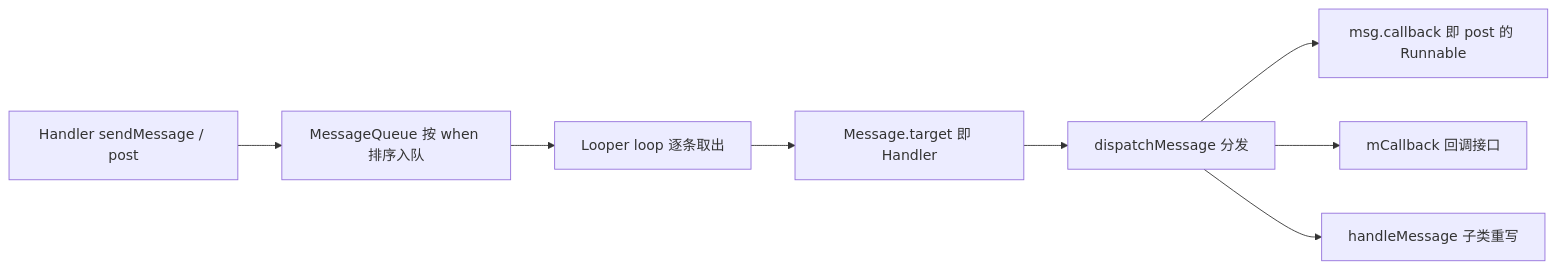
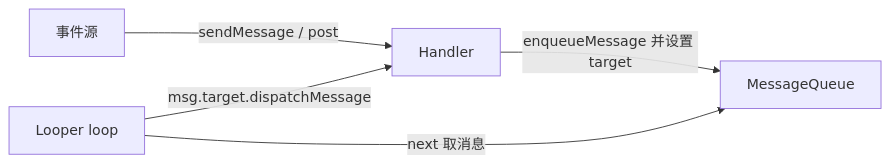
One commit to coswit/coswit.github.io changed the third of 3 diagrams in Android/深入理解Android卷I/04-深入理解常见类.md. Above: the diagram before and after it, drawn with Mermaid. The commit also changed other lines of this file and 81 other files, not shown here.

````diff
--- a/Android/深入理解Android卷I/04-深入理解常见类.md
+++ b/Android/深入理解Android卷I/04-深入理解常见类.md
@@ -172,10 +1009,7 @@
 ```mermaid
 graph LR
-    A[Handler sendMessage / post] --> B[MessageQueue 按 when 排序入队]
-    B --> C[Looper loop 逐条取出]
-    C --> D[Message.target 即 Handler]
-    D --> E[dispatchMessage 分发]
-    E --> F[msg.callback 即 post 的 Runnable]
-    E --> G[mCallback 回调接口]
-    E --> H[ handleMessage 子类重写]
+    SR[事件源] -->|sendMessage / post| HD[Handler]
+    HD -->|enqueueMessage 并设置 target| MQ[MessageQueue]
+    LP[Looper loop] -->|next 取消息| MQ
+    LP -->|msg.target.dispatchMessage| HD
 ```
````
